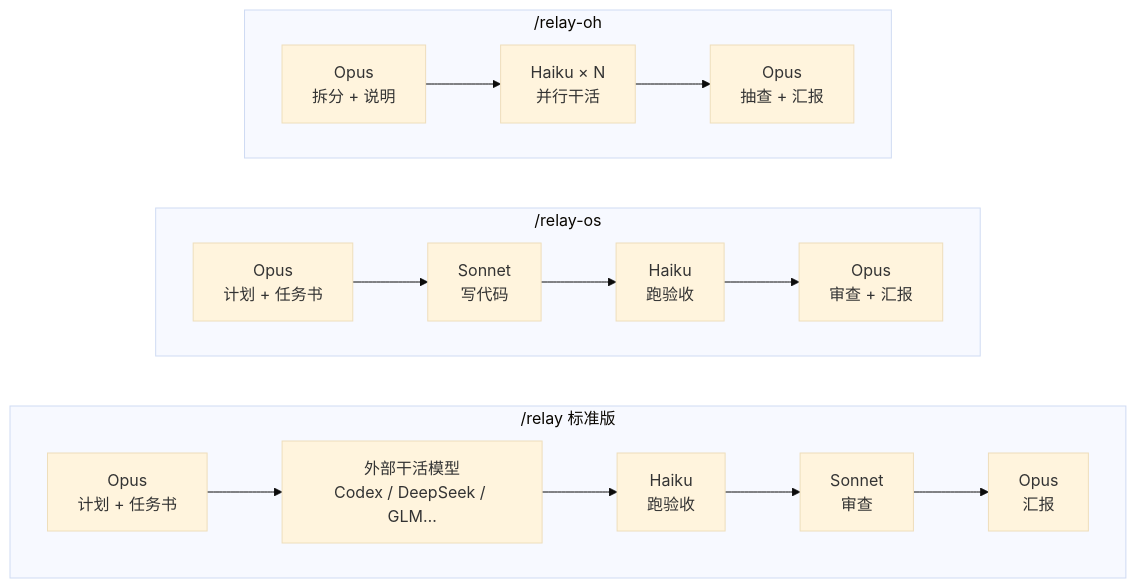
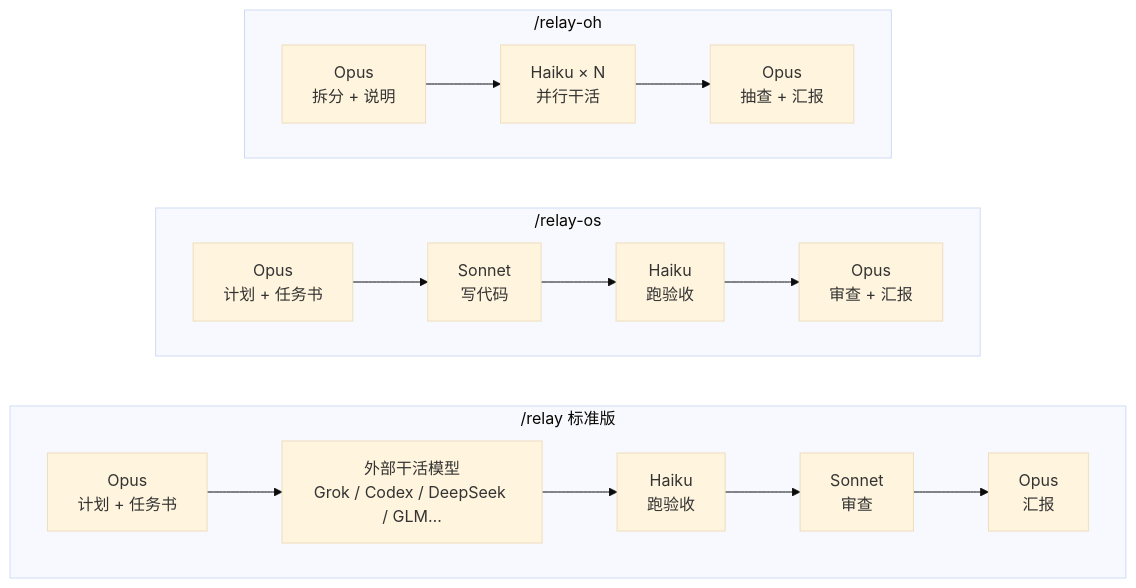
Before and after one commit to st666xiao/claude-relay: the first of 3 diagrams in README.md, drawn with Mermaid (base theme). The commit also changed other lines of this file and 15 other files, not shown here.

First line of the commit message:
Add Grok and Codex CLI executors; tighten acceptance and rework rules

````diff
--- a/README.md
+++ b/README.md
@@ -9,15 +9,15 @@
 ```mermaid
 flowchart LR
   subgraph R["/relay 标准版"]
     direction LR
-    r1[Opus<br/>计划 + 任务书] --> r2[外部干活模型<br/>Codex / DeepSeek / GLM…] --> r3[Haiku<br/>跑验收] --> r4[Sonnet<br/>审查] --> r5[Opus<br/>汇报]
+    r1[Opus<br/>计划 + 任务书] --> r2[外部干活模型<br/>Grok / Codex / DeepSeek / GLM…] --> r3[Haiku<br/>跑验收] --> r4[Sonnet<br/>审查] --> r5[Opus<br/>汇报]
   end
   subgraph OS["/relay-os"]
     direction LR
     o1[Opus<br/>计划 + 任务书] --> o2[Sonnet<br/>写代码] --> o3[Haiku<br/>跑验收] --> o4[Opus<br/>审查 + 汇报]
   end
   subgraph OH["/relay-oh"]
     direction LR
     h1[Opus<br/>拆分 + 说明] --> h2[Haiku × N<br/>并行干活] --> h3[Opus<br/>抽查 + 汇报]
   end
 ```
````
